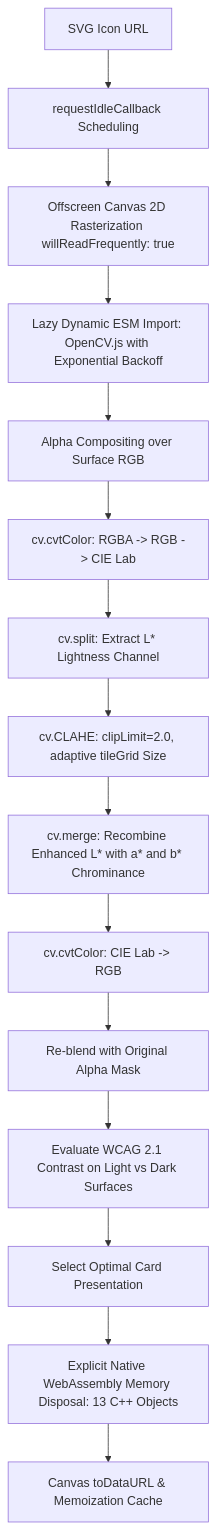
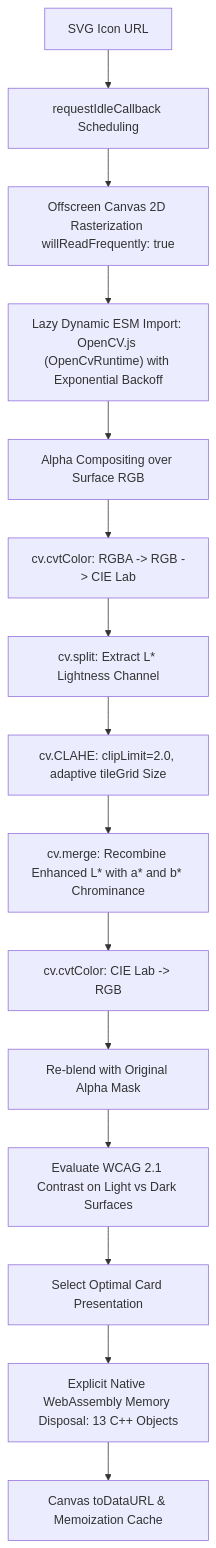
Before and after one commit to nawaphonOHM/resume: the third of 5 diagrams in README.md, drawn with Mermaid. The commit also changed other lines of this file and 3 other files, not shown here.

Commit message:
chore(readme, runtime): update OpenCV.js to 4.13.0, enhance OpenCV runtime initialization, refine README markdown, and expand test suite

````diff
--- a/README.md
+++ b/README.md
@@ -257,17 +257,18 @@
 ```mermaid
 flowchart TD
     A[SVG Icon URL] --> B[requestIdleCallback Scheduling]
     B --> C[Offscreen Canvas 2D Rasterization willReadFrequently: true]
-    C --> D[Lazy Dynamic ESM Import: OpenCV.js with Exponential Backoff]
+    D["Lazy Dynamic ESM Import: OpenCV.js (OpenCvRuntime) with Exponential Backoff"]
+    C --> D
     D --> E[Alpha Compositing over Surface RGB]
     E --> F[cv.cvtColor: RGBA -> RGB -> CIE Lab]
     F --> G[cv.split: Extract L* Lightness Channel]
     G --> H[cv.CLAHE: clipLimit=2.0, adaptive tileGrid Size]
     H --> I[cv.merge: Recombine Enhanced L* with a* and b* Chrominance]
     I --> J[cv.cvtColor: CIE Lab -> RGB]
     J --> K[Re-blend with Original Alpha Mask]
     K --> L[Evaluate WCAG 2.1 Contrast on Light vs Dark Surfaces]
     L --> M[Select Optimal Card Presentation]
     M --> N[Explicit Native WebAssembly Memory Disposal: 13 C++ Objects]
     N --> O[Canvas toDataURL & Memoization Cache]
 ```
````
